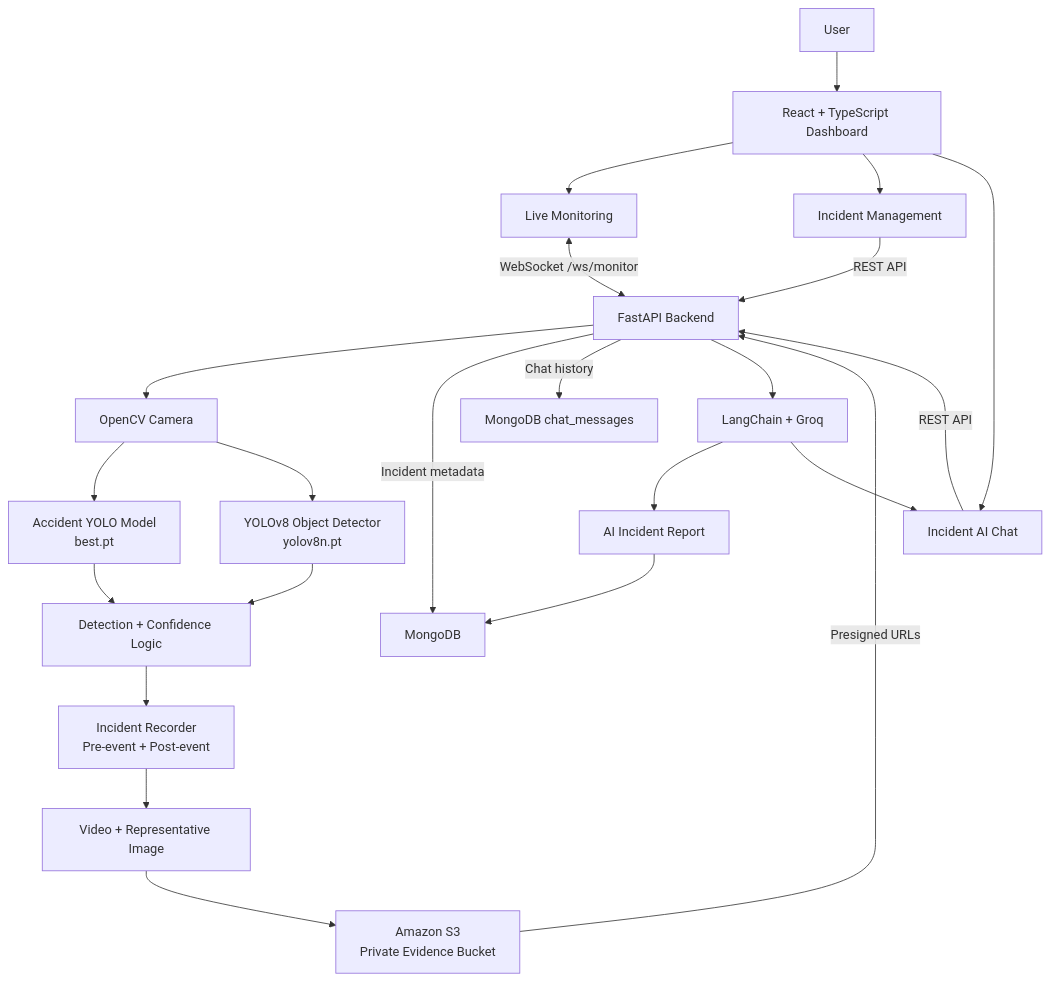
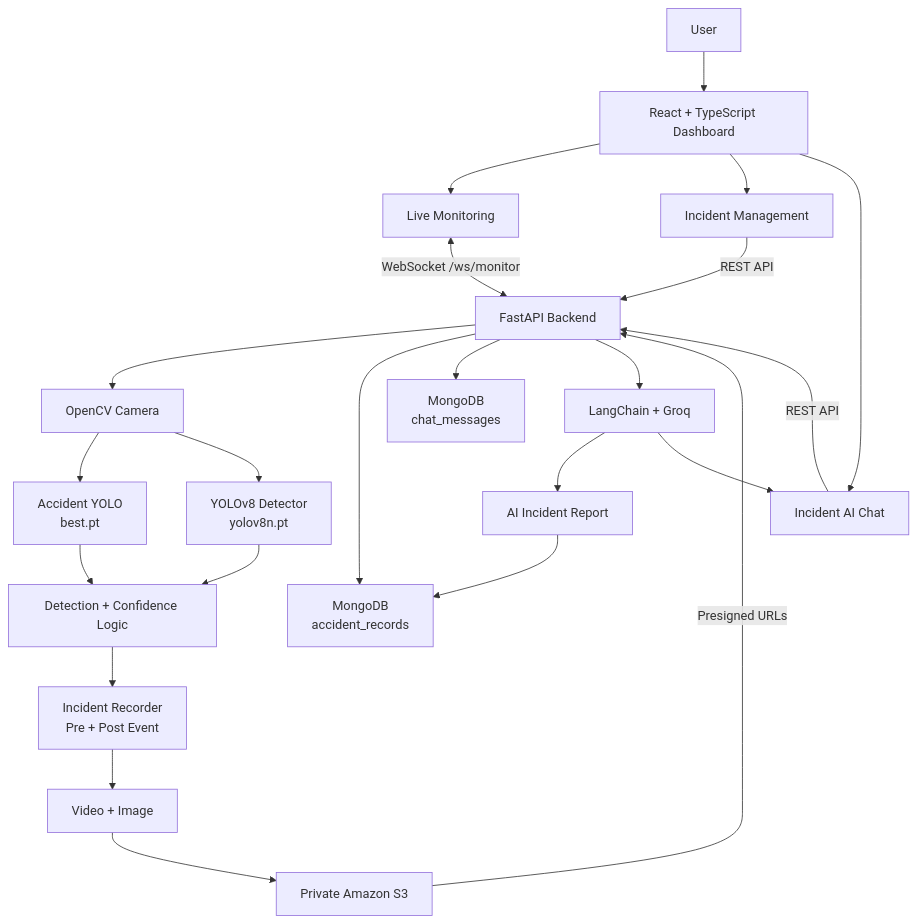
One commit to Tusharjamdade/CrashVision-AI changed the diagram in README.md. Above: the diagram before and after it, drawn with Mermaid. The commit also changed other lines of this file and 2 other files, not shown here.

````diff
--- a/README.md
+++ b/README.md
@@ -30,33 +22,30 @@
 ```mermaid
 flowchart TB
     U["User"] --> UI["React + TypeScript Dashboard"]
-
     UI --> LM["Live Monitoring"]
     UI --> IM["Incident Management"]
     UI --> CHAT["Incident AI Chat"]
 
     LM <-->|WebSocket /ws/monitor| API["FastAPI Backend"]
     IM -->|REST API| API
     CHAT -->|REST API| API
 
     API --> CAM["OpenCV Camera"]
-    CAM --> ACC["Accident YOLO Model<br/>best.pt"]
-    CAM --> OBJ["YOLOv8 Object Detector<br/>yolov8n.pt"]
-
+    CAM --> ACC["Accident YOLO<br/>best.pt"]
+    CAM --> OBJ["YOLOv8 Detector<br/>yolov8n.pt"]
     ACC --> DET["Detection + Confidence Logic"]
     OBJ --> DET
+    DET --> REC["Incident Recorder<br/>Pre + Post Event"]
 
-    DET --> REC["Incident Recorder<br/>Pre-event + Post-event"]
-    REC --> MEDIA["Video + Representative Image"]
+    REC --> MEDIA["Video + Image"]
+    MEDIA --> S3["Private Amazon S3"]
+    S3 -->|Presigned URLs| API
 
-    MEDIA --> S3["Amazon S3<br/>Private Evidence Bucket"]
-    S3 -->|Presigned URLs| API
-    API -->|Incident metadata| DB["MongoDB"]
-    API -->|Chat history| CHATDB["MongoDB chat_messages"]
+    API --> DB["MongoDB<br/>accident_records"]
+    API --> CHATDB["MongoDB<br/>chat_messages"]
 
     API --> LLM["LangChain + Groq"]
     LLM --> REPORT["AI Incident Report"]
+    REPORT --> DB
     LLM --> CHAT
-
-    REPORT --> DB
 ```
````
